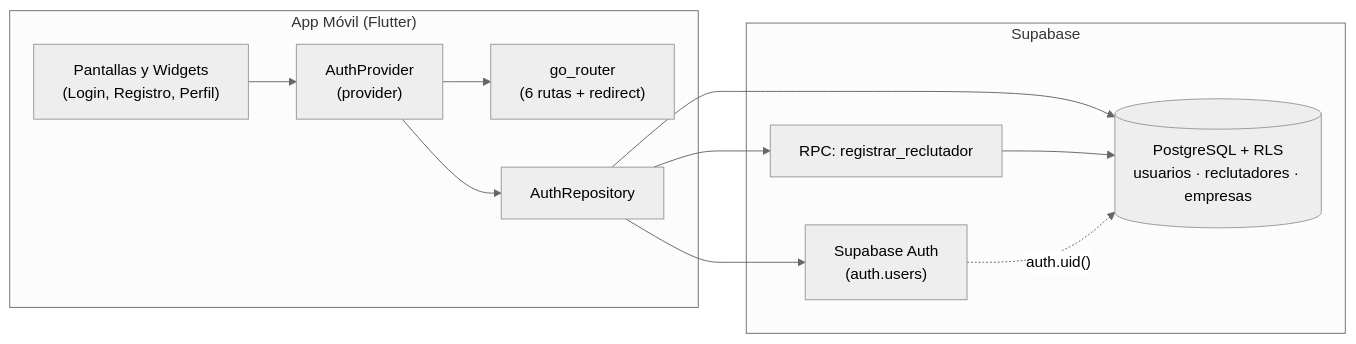
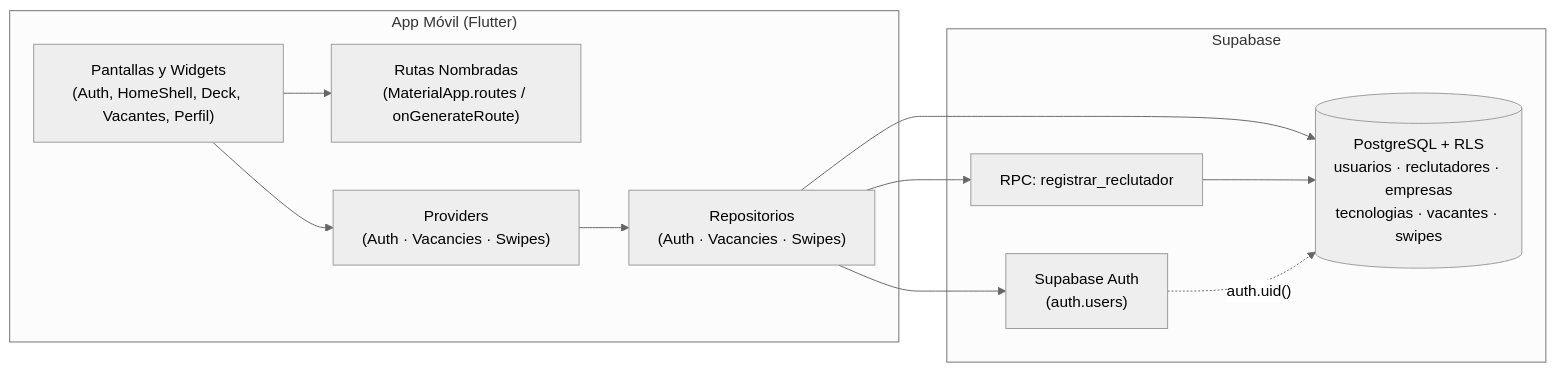
One commit to JuanJarias/DreamJob changed the diagram in README.md. Above: the diagram before and after it, drawn with Mermaid (neutral theme). The commit also changed other lines of this file, not shown here.

````diff
--- a/README.md
+++ b/README.md
@@ -80,24 +80,24 @@
 ```mermaid
 flowchart LR
     subgraph App["App Móvil (Flutter)"]
-        UI["Pantallas y Widgets\n(Login, Registro, Perfil)"]
-        Router["go_router\n(6 rutas + redirect)"]
-        State["AuthProvider\n(provider)"]
-        Repo["AuthRepository"]
+        UI["Pantallas y Widgets\n(Auth, HomeShell, Deck, Vacantes, Perfil)"]
+        Router["Rutas Nombradas\n(MaterialApp.routes / onGenerateRoute)"]
+        State["Providers\n(Auth · Vacancies · Swipes)"]
+        Repo["Repositorios\n(Auth · Vacancies · Swipes)"]
     end
 
     subgraph Supabase["Supabase"]
         Auth["Supabase Auth\n(auth.users)"]
         RPC["RPC: registrar_reclutador"]
-        DB[("PostgreSQL + RLS\nusuarios · reclutadores · empresas")]
+        DB[("PostgreSQL + RLS\nusuarios · reclutadores · empresas\ntecnologias · vacantes · swipes")]
     end
 
     UI --> State
-    State --> Router
+    UI --> Router
     State --> Repo
     Repo --> Auth
     Repo --> RPC
     Repo --> DB
     RPC --> DB
     Auth -. "auth.uid()" .-> DB
 ```
````
